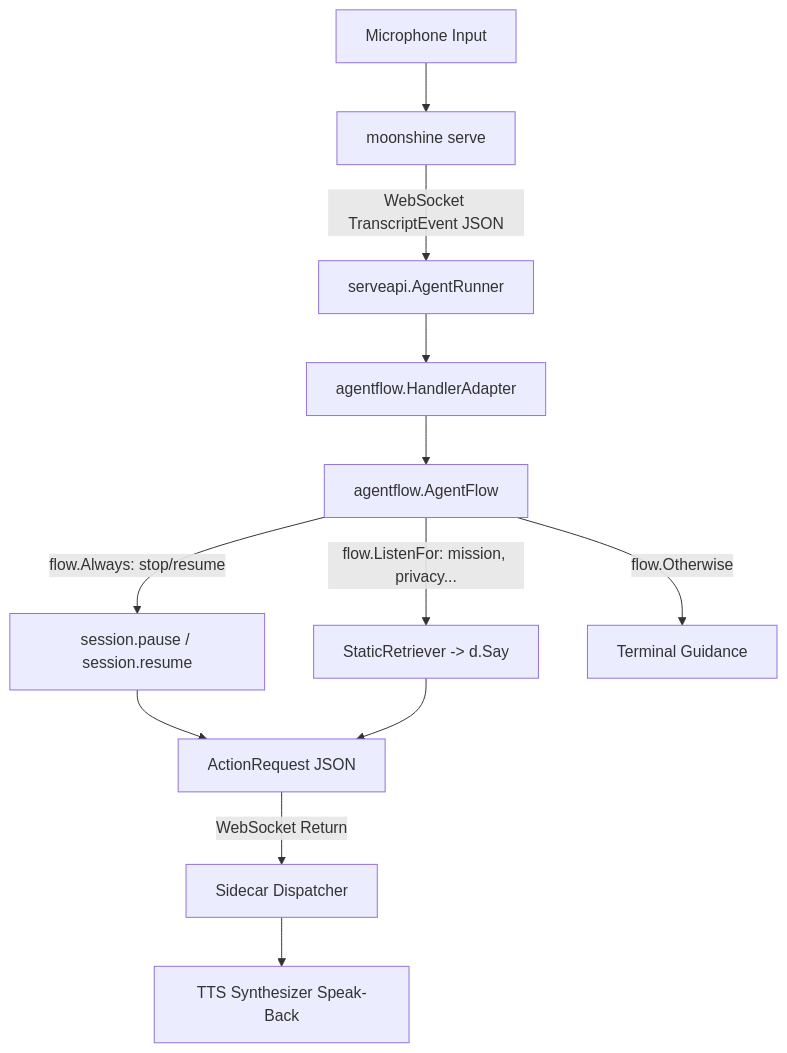
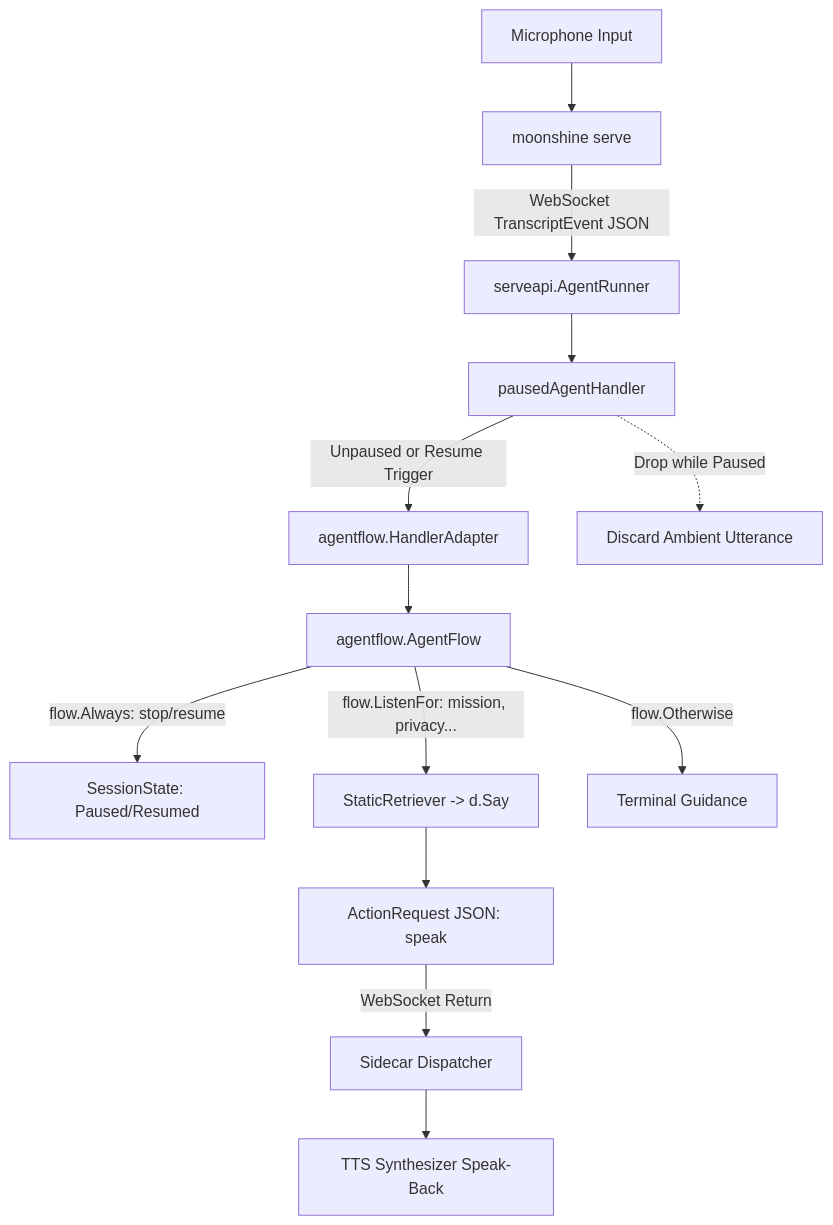
One commit to ghchinoy/moonshine-go changed the diagram in samples/go-cascade-faq/README.md. Above: the diagram before and after it, drawn with Mermaid. The commit also changed other lines of this file and 6 other files, not shown here.

````diff
--- a/samples/go-cascade-faq/README.md
+++ b/samples/go-cascade-faq/README.md
@@ -53,16 +53,17 @@
 ```mermaid
 flowchart TD
     Mic[Microphone Input] --> Serve[moonshine serve]
     Serve -->|WebSocket TranscriptEvent JSON| Runner[serveapi.AgentRunner]
-    Runner --> Adapter[agentflow.HandlerAdapter]
+    Runner --> PausedGate[pausedAgentHandler]
+    PausedGate -->|Unpaused or Resume Trigger| Adapter[agentflow.HandlerAdapter]
+    PausedGate -.->|Drop while Paused| Discard[Discard Ambient Utterance]
     Adapter --> Flow[agentflow.AgentFlow]
 
-    Flow -->|flow.Always: stop/resume| Pause[session.pause / session.resume]
+    Flow -->|flow.Always: stop/resume| PauseCtrl[SessionState: Paused/Resumed]
     Flow -->|flow.ListenFor: mission, privacy...| Ret[StaticRetriever -> d.Say]
     Flow -->|flow.Otherwise| Guide[Terminal Guidance]
 
-    Pause --> Action[ActionRequest JSON]
-    Ret --> Action
+    Ret --> Action[ActionRequest JSON: speak]
     Action -->|WebSocket Return| Dispatcher[Sidecar Dispatcher]
     Dispatcher --> TTS[TTS Synthesizer Speak-Back]
 ```
````
